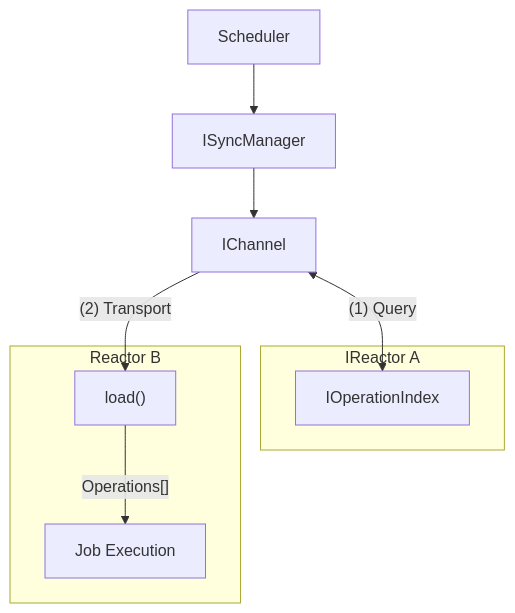
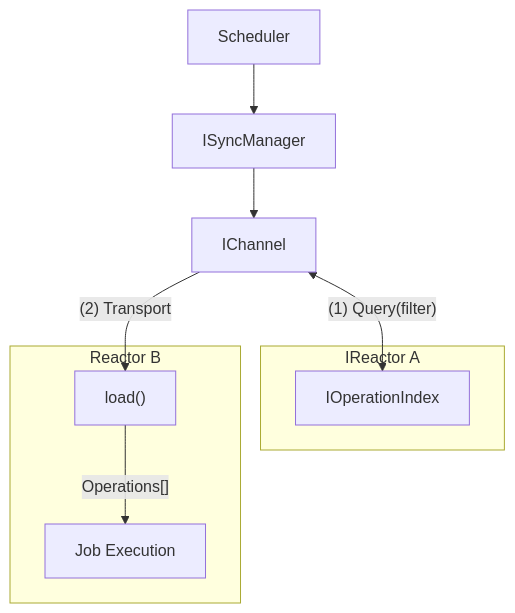
The second of 4 diagrams in packages/reactor/docs/planning/Synchronization/index.md (powerhouse-inc/powerhouse), drawn with Mermaid before and after one commit. The commit also changed other lines of this file and 3 other files, not shown here.

````diff
--- a/packages/reactor/docs/planning/Synchronization/index.md
+++ b/packages/reactor/docs/planning/Synchronization/index.md
@@ -49,14 +49,14 @@
 ```mermaid
 graph
     BScheduler["Scheduler"] --> BSync["ISyncManager"]
-    IChannel <-->|"(1) Query"| AOI
+    IChannel <-->|"(1) Query(filter)"| AOI
     BSync --> IChannel -->|"(2) Transport"| Load
 
     subgraph "IReactor A"
         AOI["IOperationIndex"]
     end
 
     subgraph "Reactor B"
         Load["load()"] -->|"Operations[]"| JEB["Job Execution"]
     end
 ```
````
